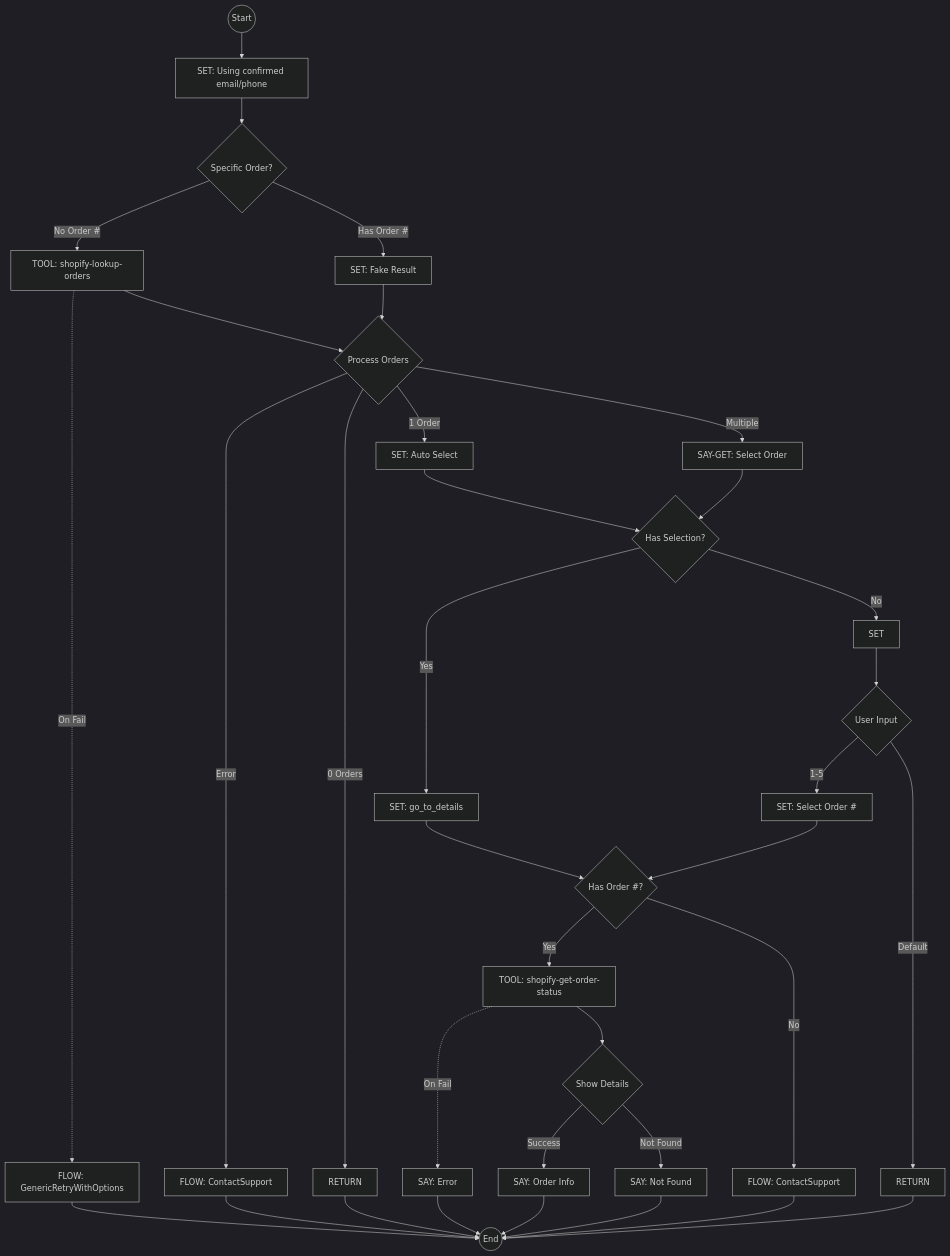
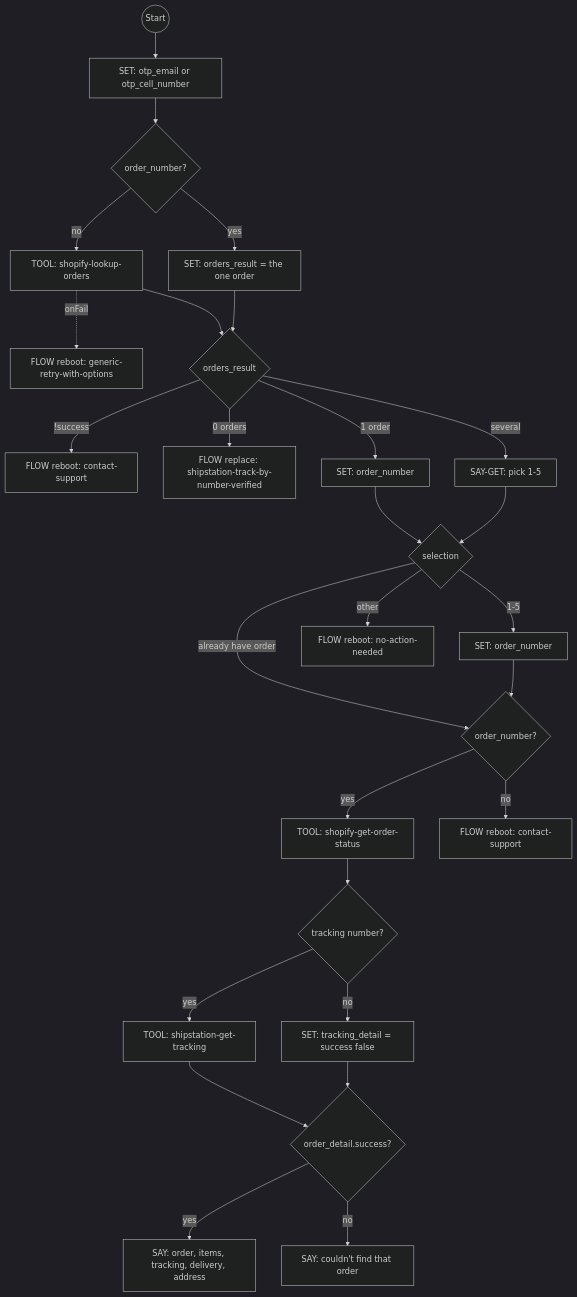
One commit to ronpinkas/jsfe changed the fourth of 6 diagrams in docs/shopify-flows.md. Above: the diagram before and after it, drawn with Mermaid (dark theme). The commit also changed other lines of this file and 3 other files, not shown here.

````diff
--- a/docs/shopify-flows.md
+++ b/docs/shopify-flows.md
@@ -141,49 +216,28 @@
 ```mermaid
 graph TD
-    start((Start)) --> set_shopify_identifier[SET: Using confirmed email/phone]
-    set_shopify_identifier --> call_tool_if_no_param{Specific Order?}
-    
-    call_tool_if_no_param -->|No Order #| lookup_orders[TOOL: shopify-lookup-orders]
-    call_tool_if_no_param -->|Has Order #| skip_lookup[SET: Fake Result]
-    
-    lookup_orders -.->|On Fail| lookup_failed[FLOW: GenericRetryWithOptions]
-    
-    lookup_orders --> display_orders{Process Orders}
+    start((Start)) --> set_shopify_identifier[SET: otp_email or otp_cell_number]
+    set_shopify_identifier --> has_order{order_number?}
+    has_order -->|no| lookup_orders[TOOL: shopify-lookup-orders]
+    has_order -->|yes| skip_lookup[SET: orders_result = the one order]
+    lookup_orders -.->|onFail| lookup_failed[FLOW reboot: generic-retry-with-options]
+    lookup_orders --> display_orders{orders_result}
     skip_lookup --> display_orders
-    
-    display_orders -->|Error| lookup_error[FLOW: ContactSupport]
-    display_orders -->|0 Orders| no_orders[RETURN]
-    display_orders -->|1 Order| single_order_auto[SET: Auto Select]
-    display_orders -->|Multiple| show_orders[SAY-GET: Select Order]
-    
-    single_order_auto --> check_single_order
-    show_orders --> check_single_order{Has Selection?}
-    
-    check_single_order -->|Yes| skip_to_details[SET: go_to_details]
-    check_single_order -->|No| continue_selection[SET]
-    
-    continue_selection --> handle_selection{User Input}
-    handle_selection -->|1-5| get_order_details[SET: Select Order #]
-    handle_selection -->|Default| finished[RETURN]
-    
-    skip_to_details --> get_specific_order
-    get_order_details --> get_specific_order{Has Order #?}
-    
-    get_specific_order -->|Yes| fetch_order_status[TOOL: shopify-get-order-status]
-    get_specific_order -->|No| unexpected_no_order[FLOW: ContactSupport]
-    
-    fetch_order_status -.->|On Fail| order_detail_failed[SAY: Error]
-    fetch_order_status --> show_order_detail{Show Details}
-    
-    show_order_detail -->|Success| display_detail[SAY: Order Info]
-    show_order_detail -->|Not Found| order_not_found[SAY: Not Found]
-    
-    lookup_failed --> stop((End))
-    lookup_error --> stop
-    no_orders --> stop
-    finished --> stop
-    unexpected_no_order --> stop
-    order_detail_failed --> stop
-    display_detail --> stop
-    order_not_found --> stop
+    display_orders -->|!success| lookup_error[FLOW reboot: contact-support]
+    display_orders -->|0 orders| no_orders[FLOW replace: shipstation-track-by-number-verified]
+    display_orders -->|1 order| single_order_auto[SET: order_number]
+    display_orders -->|several| show_orders[SAY-GET: pick 1-5]
+    single_order_auto --> handle_selection{selection}
+    show_orders --> handle_selection
+    handle_selection -->|already have order| get_specific_order{order_number?}
+    handle_selection -->|1-5| pick[SET: order_number] --> get_specific_order
+    handle_selection -->|other| finished[FLOW reboot: no-action-needed]
+    get_specific_order -->|yes| fetch_order_status[TOOL: shopify-get-order-status]
+    get_specific_order -->|no| unexpected_no_order[FLOW reboot: contact-support]
+    fetch_order_status --> has_tracking{tracking number?}
+    has_tracking -->|yes| call_shipstation[TOOL: shipstation-get-tracking]
+    has_tracking -->|no| no_tracking[SET: tracking_detail = success false]
+    call_shipstation --> show_order_detail{order_detail.success?}
+    no_tracking --> show_order_detail
+    show_order_detail -->|yes| display_detail[SAY: order, items, tracking, delivery, address]
+    show_order_detail -->|no| order_not_found[SAY: couldn't find that order]
 ```
````
